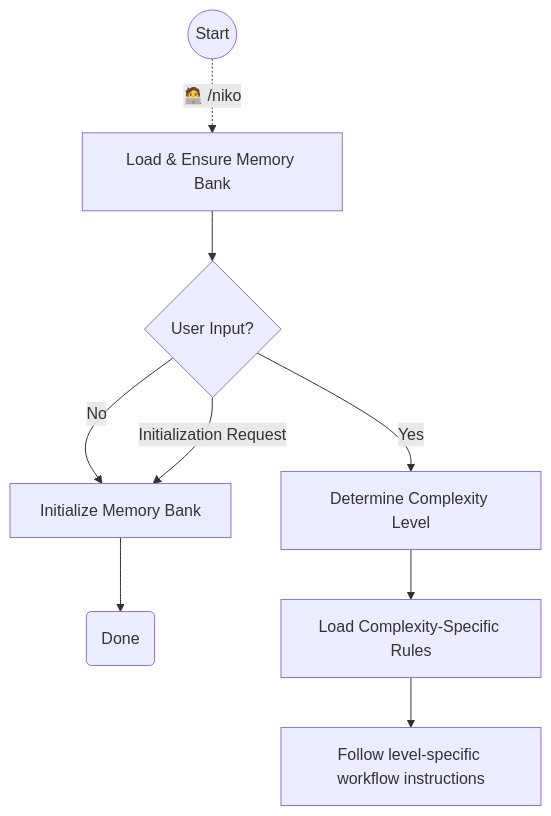
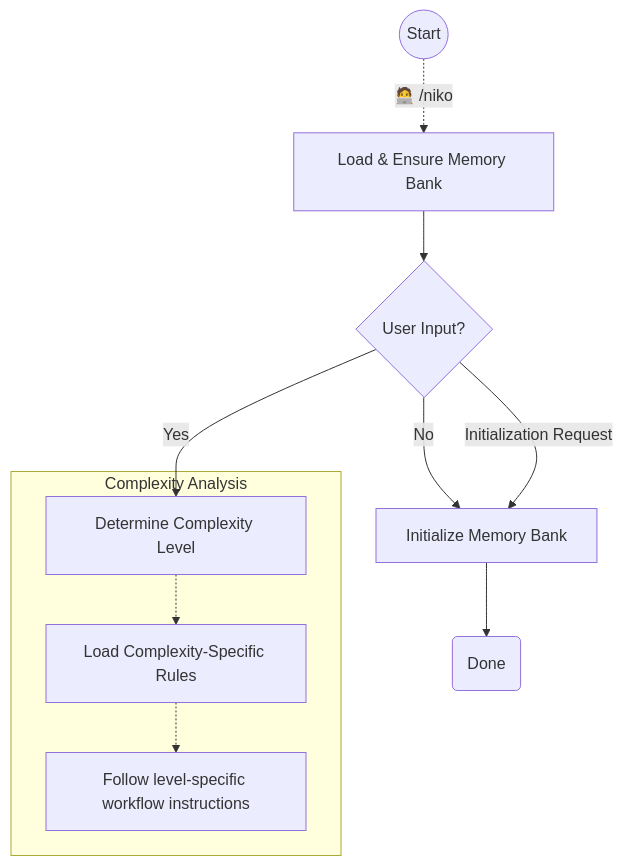
One commit to Texarkanine/.cursor-rules changed the diagram in rulesets/niko2/commands/niko.md. Above: the diagram before and after it, drawn with Mermaid. The commit also changed other lines of this file and 3 other files, not shown here.

````diff
--- a/rulesets/niko2/commands/niko.md
+++ b/rulesets/niko2/commands/niko.md
@@ -5,13 +5,15 @@
 ```mermaid
 graph TD
     Start(("Start")) -."🧑‍💻 /niko".-> Step1["Load & Ensure Memory Bank"]
     Step1 --> Step1a{"User Input?"}
     Step1a --"No"--> Step1b["Initialize Memory Bank"]
     Step1b --> Done
     Step1a --"Initialization Request"--> Step1b
     Step1a --"Yes"--> Step2["Determine Complexity Level"]
-    Step2 --> Step3["Load Complexity-Specific Rules"]
-    Step3 --> Workflow["Follow level-specific workflow instructions"]
+    subgraph Complexity Analysis
+        Step2 -.-> Step3["Load Complexity-Specific Rules"]
+        Step3 -.-> Workflow["Follow level-specific workflow instructions"]
+    end
 
     Done("Done")
 ```
````
